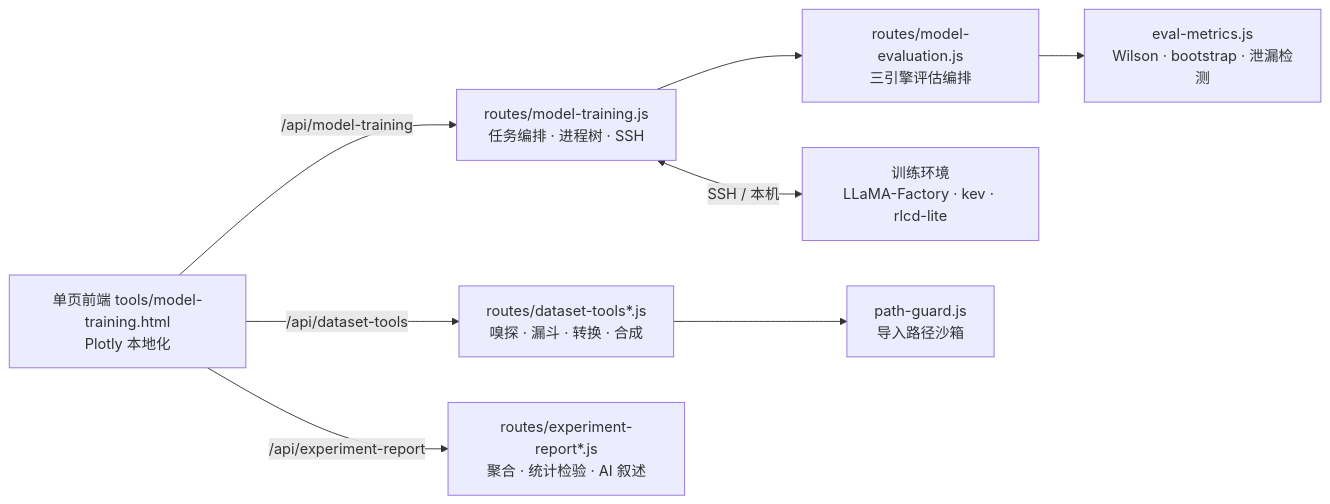
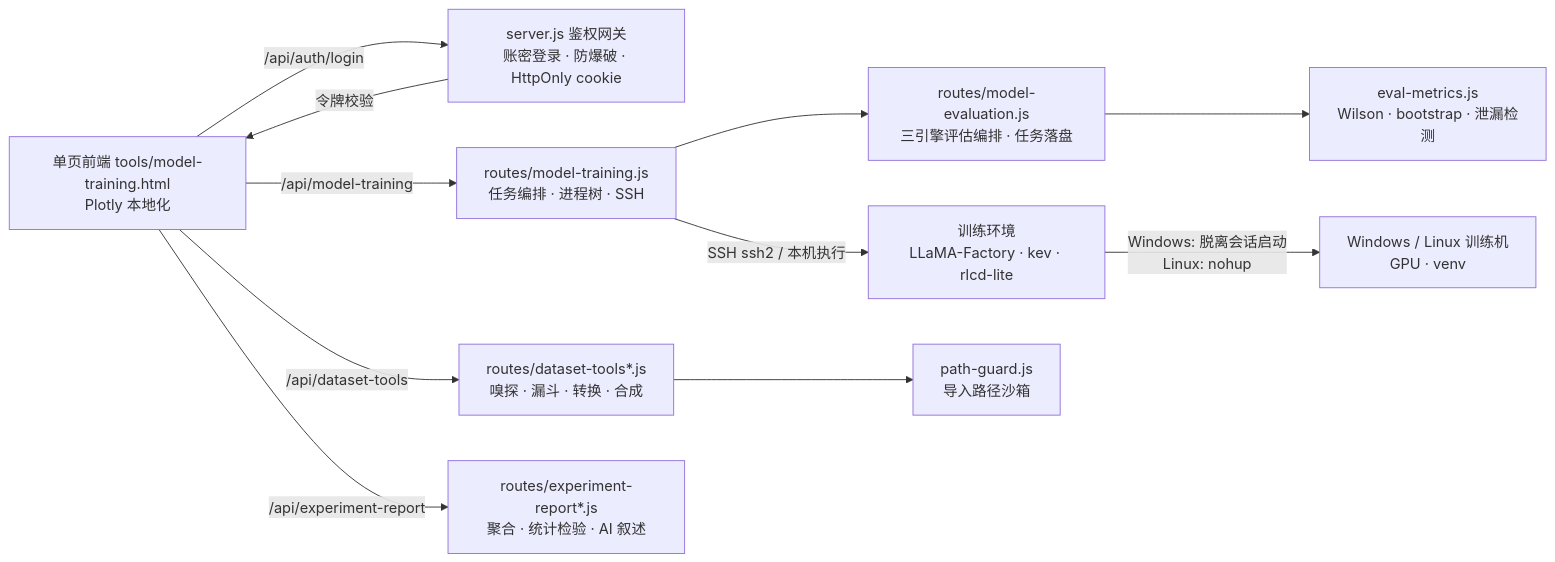
One commit to wanshoulu/Model-Builder changed the diagram in README.md. Above: the diagram before and after it, drawn with Mermaid. The commit also changed other lines of this file and 1 other file, not shown here.

First line of the commit message:
文档更新:README 架构图与已知限制对齐今日实现

````diff
--- a/README.md
+++ b/README.md
@@ -91,10 +92,13 @@
 ```mermaid
 flowchart LR
-    UI[单页前端 tools/model-training.html<br/>Plotly 本地化] -->|/api/model-training| MT[routes/model-training.js<br/>任务编排 · 进程树 · SSH]
+    UI[单页前端 tools/model-training.html<br/>Plotly 本地化] -->|/api/auth/login| AUTH[server.js 鉴权网关<br/>账密登录 · 防爆破 · HttpOnly cookie]
+    AUTH -->|令牌校验| UI
+    UI -->|/api/model-training| MT[routes/model-training.js<br/>任务编排 · 进程树 · SSH]
     UI -->|/api/dataset-tools| DT[routes/dataset-tools*.js<br/>嗅探 · 漏斗 · 转换 · 合成]
     UI -->|/api/experiment-report| ER[routes/experiment-report*.js<br/>聚合 · 统计检验 · AI 叙述]
-    MT --> EV[routes/model-evaluation.js<br/>三引擎评估编排]
+    MT --> EV[routes/model-evaluation.js<br/>三引擎评估编排 · 任务落盘]
     EV --> EM[eval-metrics.js<br/>Wilson · bootstrap · 泄漏检测]
-    MT <-->|SSH / 本机| TR[训练环境<br/>LLaMA-Factory · kev · rlcd-lite]
+    MT -->|SSH ssh2 / 本机执行| TR[训练环境<br/>LLaMA-Factory · kev · rlcd-lite]
+    TR -->|Windows: 脱离会话启动<br/>Linux: nohup| WIN[Windows / Linux 训练机<br/>GPU · venv]
     DT --> PG[path-guard.js<br/>导入路径沙箱]
 ```
````
